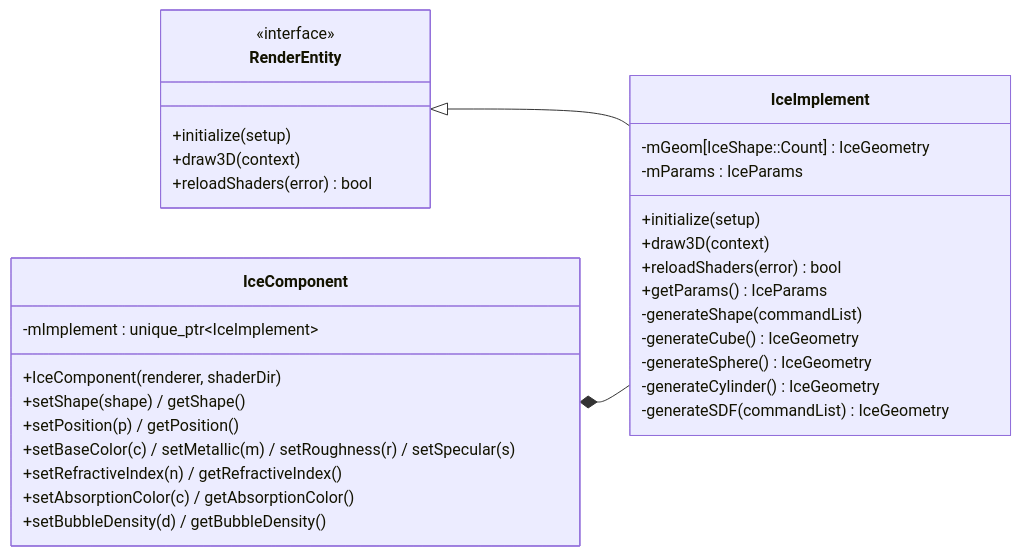
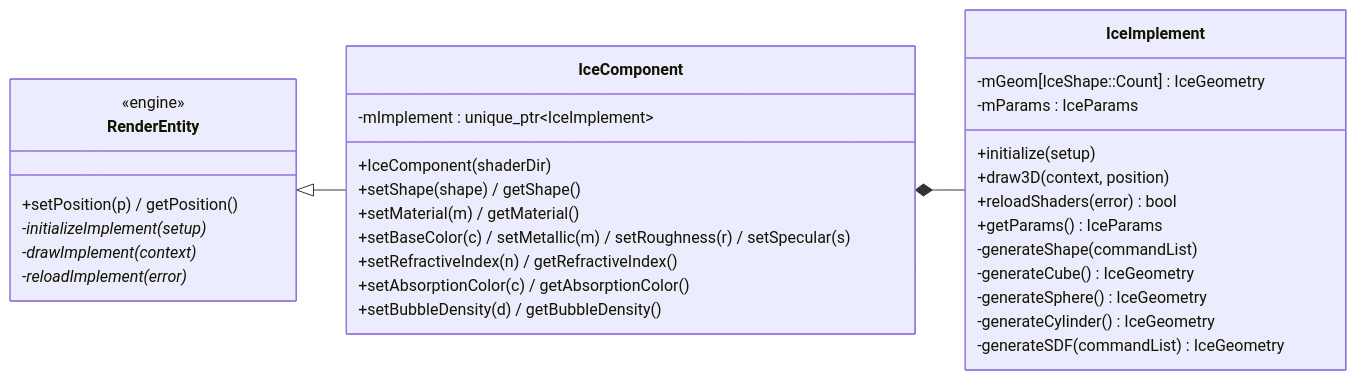
One commit to HayatoOtsuki/Test changed the second of 3 diagrams in docs/DESIGN.md. Above: the diagram before and after it, drawn with Mermaid. The commit also changed other lines of this file and 2 other files, not shown here.

First line of the commit message:
docs: describe IceComponent as a RenderEntity with a Material

````diff
--- a/docs/DESIGN.md
+++ b/docs/DESIGN.md
@@ -99,35 +101,36 @@
 ```mermaid
 classDiagram
     direction LR
     class RenderEntity {
-        <<interface>>
-        +initialize(setup)
-        +draw3D(context)
-        +reloadShaders(error) bool
+        <<engine>>
+        +setPosition(p) / getPosition()
+        -initializeImplement(setup)*
+        -drawImplement(context)*
+        -reloadImplement(error)*
     }
     class IceComponent {
-        +IceComponent(renderer, shaderDir)
+        +IceComponent(shaderDir)
         +setShape(shape) / getShape()
-        +setPosition(p) / getPosition()
+        +setMaterial(m) / getMaterial()
         +setBaseColor(c) / setMetallic(m) / setRoughness(r) / setSpecular(s)
         +setRefractiveIndex(n) / getRefractiveIndex()
         +setAbsorptionColor(c) / getAbsorptionColor()
         +setBubbleDensity(d) / getBubbleDensity()
         -mImplement : unique_ptr~IceImplement~
     }
     class IceImplement {
         +initialize(setup)
-        +draw3D(context)
+        +draw3D(context, position)
         +reloadShaders(error) bool
         +getParams() IceParams
         -generateShape(commandList)
         -generateCube() IceGeometry
         -generateSphere() IceGeometry
         -generateCylinder() IceGeometry
         -generateSDF(commandList) IceGeometry
         -mGeom[IceShape::Count] : IceGeometry
         -mParams : IceParams
     }
-    RenderEntity <|-- IceImplement
+    RenderEntity <|-- IceComponent
     IceComponent *-- IceImplement
 ```
````
